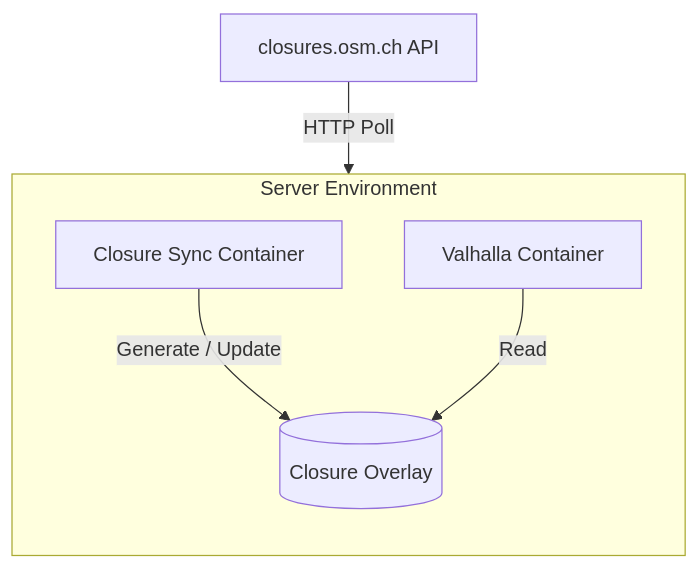
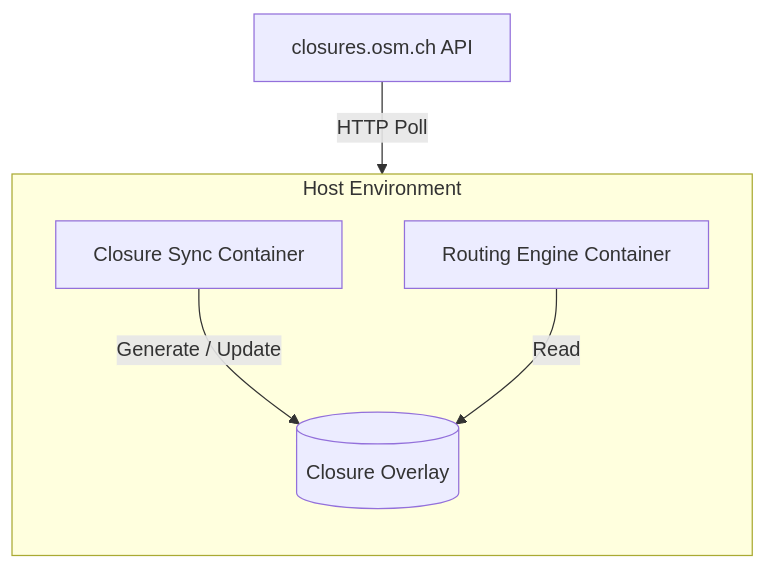
One commit to VictorYanson/gsocApplication changed the diagram in gsoc-application-victor-yanson-2026.md. Above: the diagram before and after it, drawn with Mermaid. The commit also changed other lines of this file and 1 other file, not shown here.

````diff
--- a/gsoc-application-victor-yanson-2026.md
+++ b/gsoc-application-victor-yanson-2026.md
@@ -16,14 +127,14 @@
-```mermaid
-graph TD
+```mermaid  
+graph TD  
     DB[closures.osm.ch API] -->|"HTTP Poll"| B
 
-    subgraph Server Environment
-        direction TB
-        B[Closure Sync Container]
-        C[(Closure Overlay)]
-        A[Valhalla Container]
+    subgraph Host Environment  
+        direction TB  
+        B[Closure Sync Container]  
+        C[(Closure Overlay)]  
+        A[Routing Engine Container]  
     end
 
-    B -->|"Generate / Update"| C
-    A -->|"Read"| C
+    B -->|"Generate / Update"| C  
+    A -->|"Read"| C  
 ```
````
